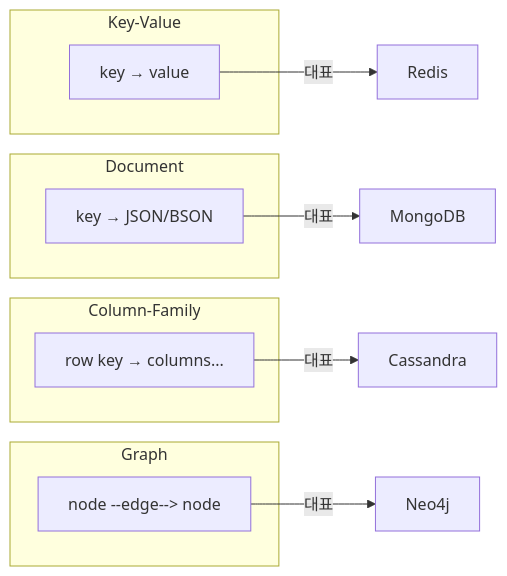
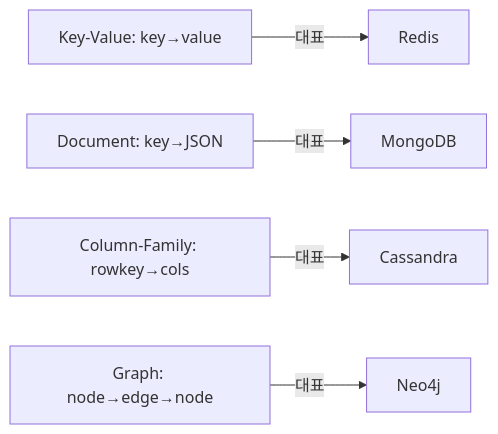
One commit to yjkim2015/yjkim2015.github.io changed the first of 7 diagrams in _posts/nosql/2026-05-03-nosql-comparison.md. Above: the diagram before and after it, drawn with Mermaid. The commit also changed other lines of this file and 215 other files, not shown here.

First line of the commit message:
신규 포스트 10개 추가 + Mermaid 전면 축소 + SystemDesign 시리즈 보강

````diff
--- a/_posts/nosql/2026-05-03-nosql-comparison.md
+++ b/_posts/nosql/2026-05-03-nosql-comparison.md
@@ -22,19 +22,7 @@
 ```mermaid
 graph LR
-    subgraph "Key-Value"
-        KV["key → value"]
-    end
-    subgraph "Document"
-        DOC["key → JSON/BSON"]
-    end
-    subgraph "Column-Family"
-        CF["row key → columns..."]
-    end
-    subgraph "Graph"
-        GR["node --edge--> node"]
-    end
-    KV --> |"대표"| R["Redis"]
-    DOC --> |"대표"| M["MongoDB"]
-    CF --> |"대표"| C["Cassandra"]
-    GR --> |"대표"| N["Neo4j"]
+    KV["Key-Value: key→value"] -->|대표| R["Redis"]
+    DOC["Document: key→JSON"] -->|대표| M["MongoDB"]
+    CF["Column-Family: rowkey→cols"] -->|대표| C["Cassandra"]
+    GR["Graph: node→edge→node"] -->|대표| N["Neo4j"]
 ```
````
